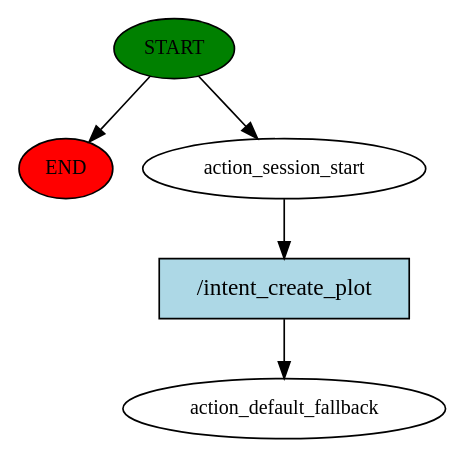
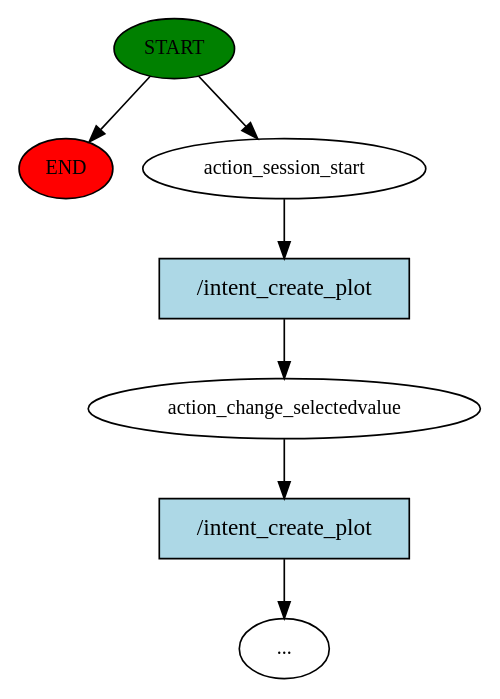
Before and after one commit to TobiasRisom/RasaMED8: the diagram in story_graph.dot, drawn with Graphviz. The commit also changed 12 other files, not shown here.

```diff
--- a/story_graph.dot
+++ b/story_graph.dot
@@ -1,11 +1,15 @@
 digraph  {
 0 [class="start active", fillcolor=green, fontsize=12, label=START, style=filled];
 "-1" [class=end, fillcolor=red, fontsize=12, label=END, style=filled];
 1 [class=active, fontsize=12, label=action_session_start];
-2 [class="dashed active", fontsize=12, label=action_default_fallback];
-3 [class="intent active", fillcolor=lightblue, label="/intent_create_plot", shape=rect, style=filled];
+2 [class=active, fontsize=12, label=action_change_selectedvalue];
+3 [class="dashed active", fontsize=12, label="..."];
+4 [class="intent active", fillcolor=lightblue, label="/intent_create_plot", shape=rect, style=filled];
+5 [class="intent active", fillcolor=lightblue, label="/intent_create_plot", shape=rect, style=filled];
 0 -> "-1"  [class="", key=NONE, label=""];
 0 -> 1  [class=active, key=NONE, label=""];
-1 -> 3  [class=active, key=0];
-3 -> 2  [class=active, key=0];
+1 -> 4  [class=active, key=0];
+2 -> 5  [class=active, key=0];
+4 -> 2  [class=active, key=0];
+5 -> 3  [class=active, key=0];
 }
```
